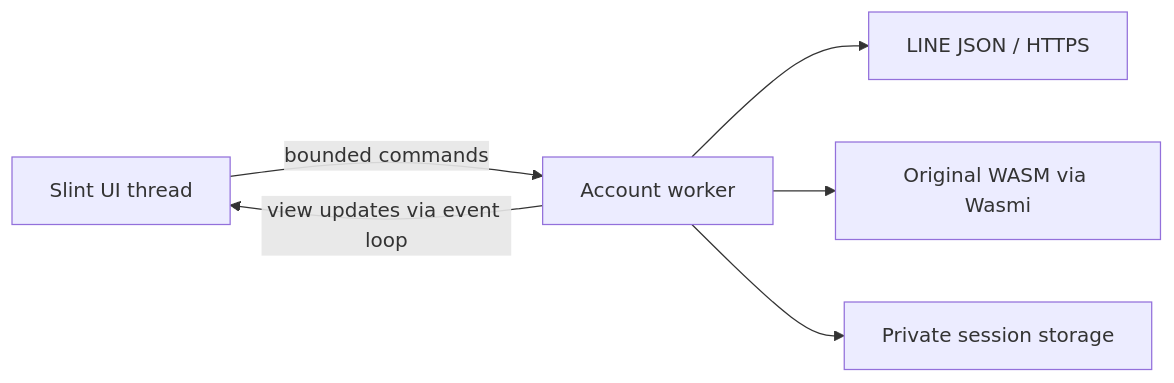
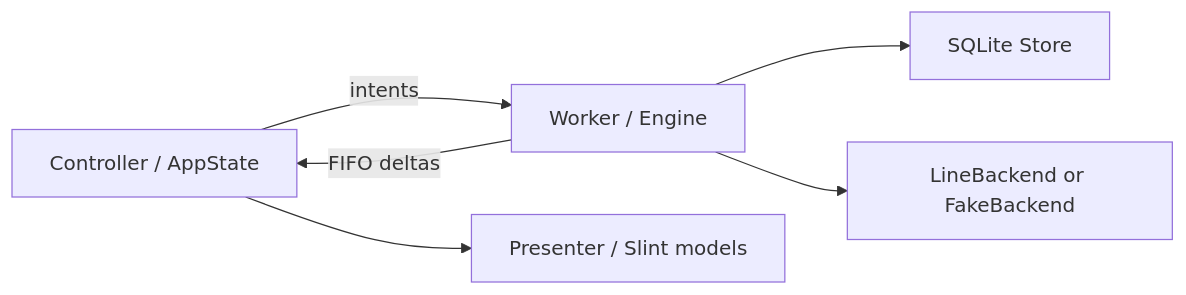
Before and after one commit to eiennohito/sen: the diagram in docs/app-design.md, drawn with Mermaid. The commit also changed other lines of this file and 10 other files, not shown here.

````diff
--- a/docs/app-design.md
+++ b/docs/app-design.md
@@ -105,8 +104,8 @@
 ```mermaid
 flowchart LR
-    UI[Slint UI thread] -->|bounded commands| Worker[Account worker]
-    Worker -->|view updates via event loop| UI
-    Worker --> API[LINE JSON / HTTPS]
-    Worker --> Crypto[Original WASM via Wasmi]
-    Worker --> State[Private session storage]
+    Controller[Controller / AppState] -->|intents| Engine[Worker / Engine]
+    Engine --> Store[SQLite Store]
+    Engine --> Backend[LineBackend or FakeBackend]
+    Engine -->|FIFO deltas| Controller
+    Controller --> Presenter[Presenter / Slint models]
 ```
````
